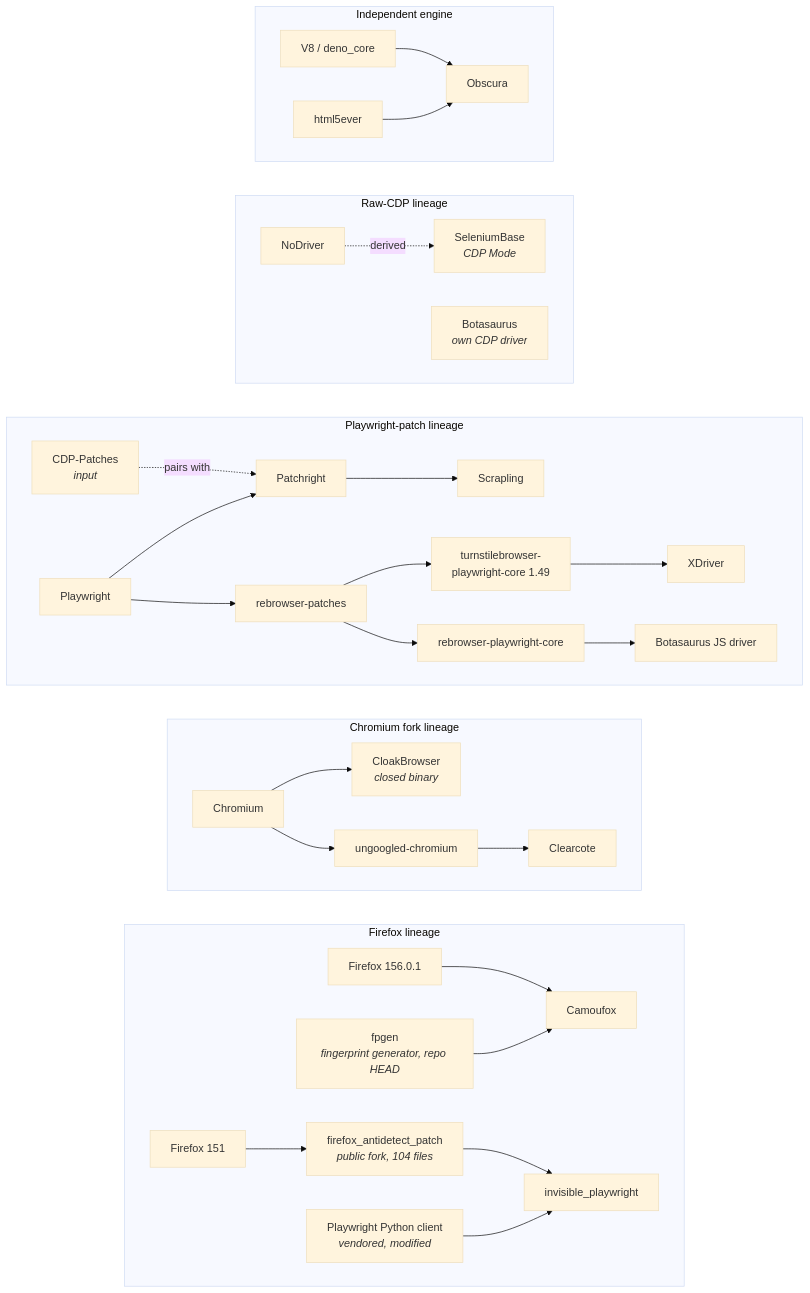
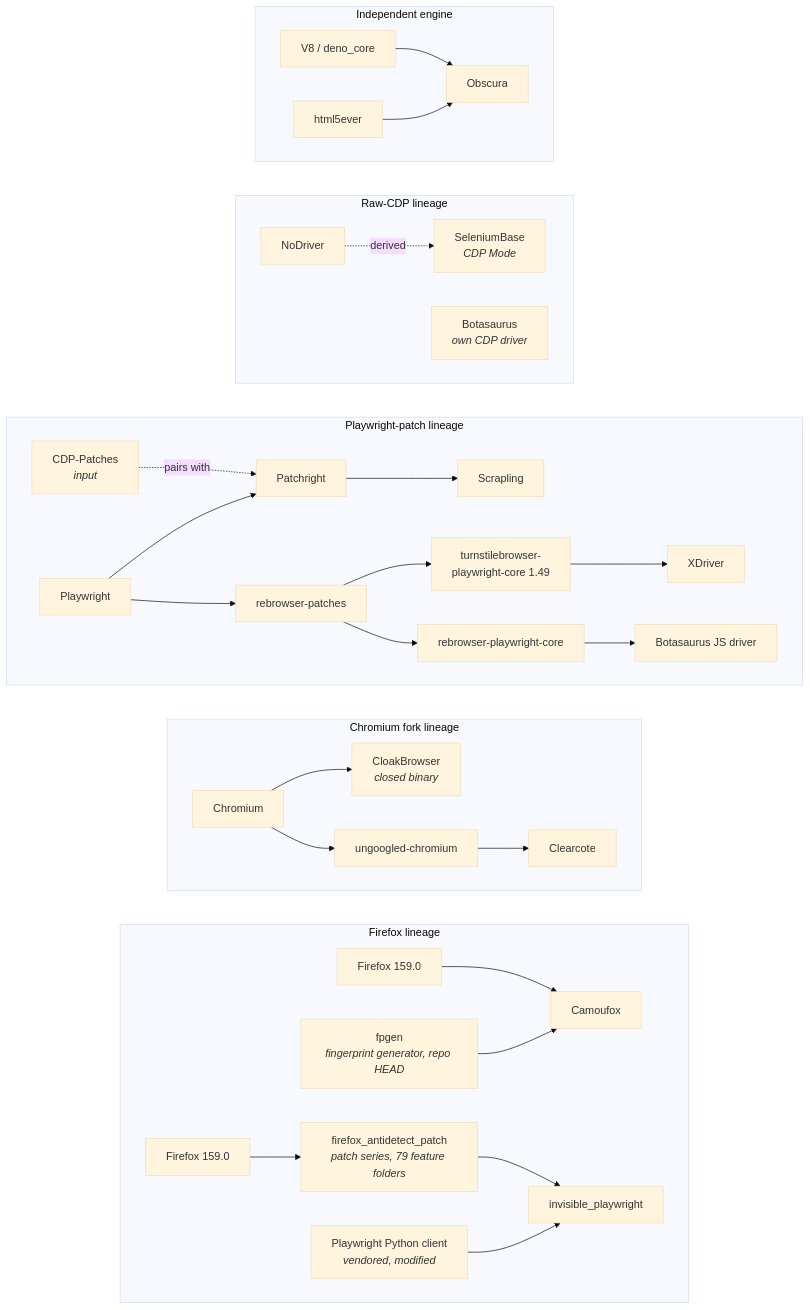
One commit to pim97/anti-detect-browser-tools-tech-comparison changed the diagram in README.md. Above: the diagram before and after it, drawn with Mermaid (base theme). The commit also changed other lines of this file and 15 other files, not shown here.

````diff
--- a/README.md
+++ b/README.md
@@ -217,38 +226,38 @@
 ```mermaid
 graph LR
   subgraph FF["Firefox lineage"]
     direction LR
-    Firefox["Firefox 156.0.1"] --> Camoufox
+    Firefox["Firefox 159.0"] --> Camoufox
     FPGen["fpgen<br/><i>fingerprint generator, repo HEAD</i>"] --> Camoufox
-    Firefox151["Firefox 151"] --> FAP["firefox_antidetect_patch<br/><i>public fork, 104 files</i>"]
+    Firefox159["Firefox 159.0"] --> FAP["firefox_antidetect_patch<br/><i>patch series, 79 feature folders</i>"]
     FAP --> InvisiblePW["invisible_playwright"]
     PWClient["Playwright Python client<br/><i>vendored, modified</i>"] --> InvisiblePW
   end
 
   subgraph CR["Chromium fork lineage"]
     direction LR
     Chromium --> CloakBrowser["CloakBrowser<br/><i>closed binary</i>"]
     Chromium --> UG["ungoogled-chromium"] --> Clearcote
   end
 
   subgraph PW["Playwright-patch lineage"]
     direction LR
     Playwright --> Patchright --> Scrapling
     CDPPatches["CDP-Patches<br/><i>input</i>"] -.pairs with.-> Patchright
     Playwright --> Rebrowser["rebrowser-patches"]
     Rebrowser --> TB["turnstilebrowser-<br/>playwright-core 1.49"] --> XDriver
     Rebrowser --> RPC["rebrowser-playwright-core"] --> BotaJS["Botasaurus JS driver"]
   end
 
   subgraph CDP["Raw-CDP lineage"]
     direction LR
     NoDriver -.derived.-> SeleniumBase["SeleniumBase<br/><i>CDP Mode</i>"]
     Botasaurus["Botasaurus<br/><i>own CDP driver</i>"]
   end
 
   subgraph OWN["Independent engine"]
     direction LR
     V8["V8 / deno_core"] --> Obscura
     H5["html5ever"] --> Obscura
   end
 ```
````
